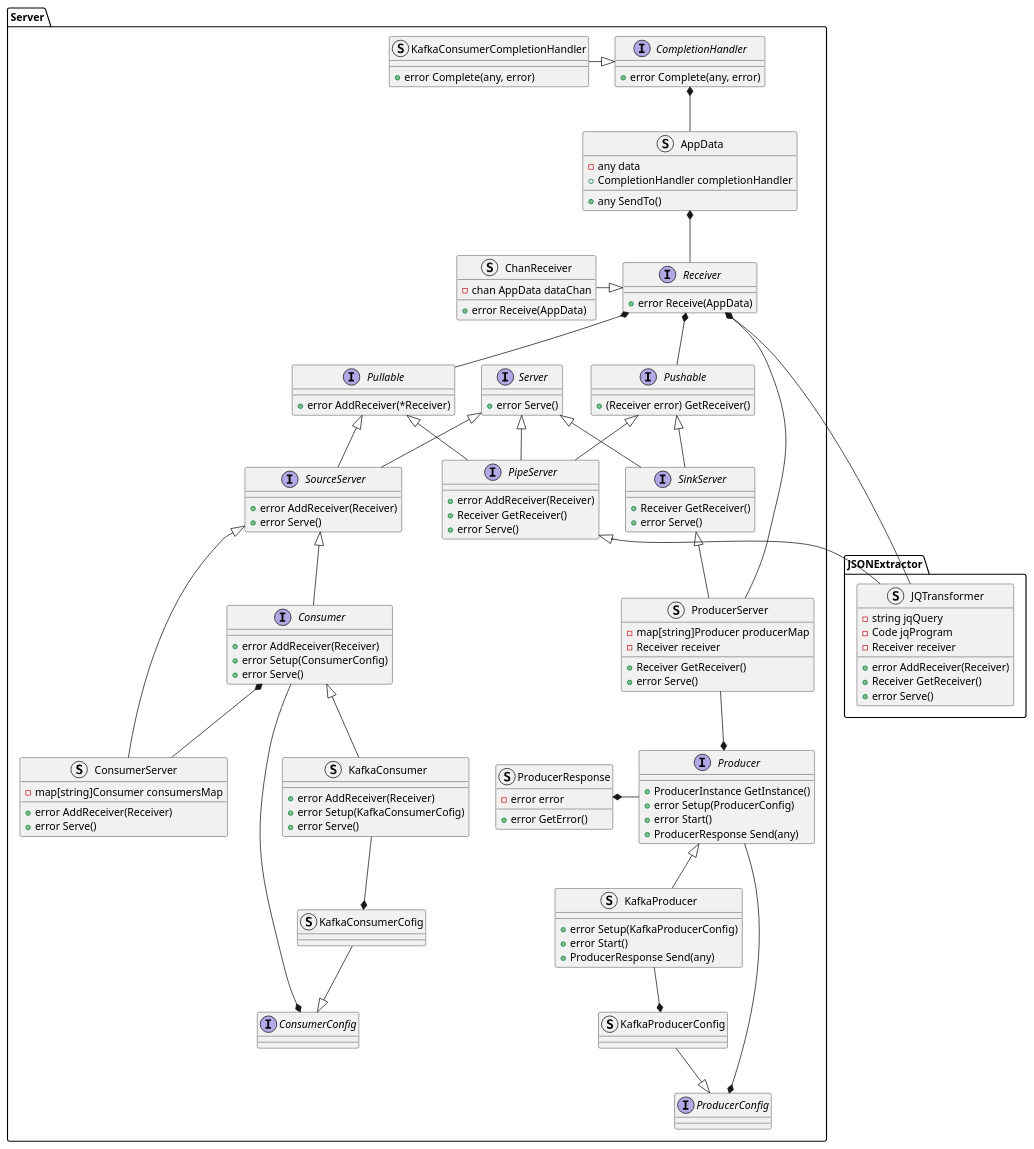
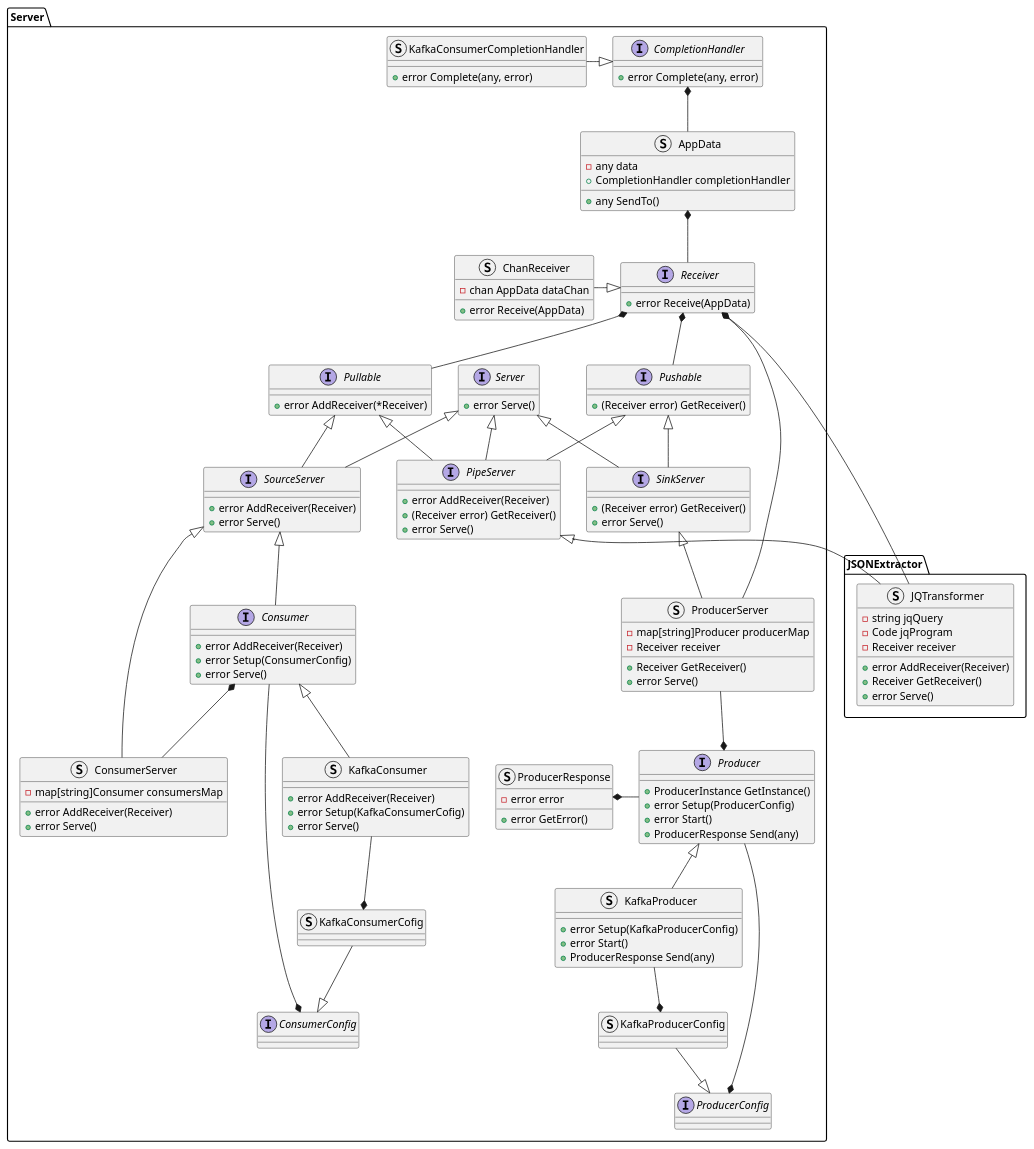
Before and after one commit to xtuml/otel2pv: the diagram in docs/design_notes/DN1_JSON_Extractor/class_diagram.puml, drawn with PlantUML. The commit also changed 3 other files, not shown here.

```diff
--- a/docs/design_notes/DN1_JSON_Extractor/class_diagram.puml
+++ b/docs/design_notes/DN1_JSON_Extractor/class_diagram.puml
@@ -1,129 +1,129 @@
 @startuml
 namespace JSONExtractor {
     struct JQTransformer {
         -string jqQuery
         -Code jqProgram
         -Receiver receiver
         +error AddReceiver(Receiver)
         +Receiver GetReceiver()
         +error Serve()
     }
 }
 namespace Server {
     interface CompletionHandler {
         +error Complete(any, error)
     }
     struct KafkaConsumerCompletionHandler {
         +error Complete(any, error)
     }
     struct AppData {
         -any data
         +CompletionHandler completionHandler
         +any SendTo()
     }
     interface Receiver {
         +error Receive(AppData)
     }
     struct ChanReceiver {
         -chan AppData dataChan
         +error Receive(AppData)
     }
     interface Server {
         +error Serve()
     }
     interface Pullable {
         +error AddReceiver(*Receiver)
     }
     interface Pushable {
         +(Receiver error) GetReceiver()
     }
     interface SourceServer {
         +error AddReceiver(Receiver)
         +error Serve()
     }
     interface SinkServer {
-        +Receiver GetReceiver()
+        +(Receiver error) GetReceiver()
         +error Serve()
     }
     interface PipeServer {
         +error AddReceiver(Receiver)
-        +Receiver GetReceiver()
+        +(Receiver error) GetReceiver()
         +error Serve()
     }
     struct ProducerResponse {
         -error error
         +error GetError()
     }
     interface Producer {
         +ProducerInstance GetInstance()
         +error Setup(ProducerConfig)
         +error Start()
         +ProducerResponse Send(any)
     }
     interface Consumer {
         +error AddReceiver(Receiver)
         +error Setup(ConsumerConfig)
         +error Serve()
     }
     struct KafkaConsumer {
         +error AddReceiver(Receiver)
         +error Setup(KafkaConsumerCofig)
         +error Serve()
     }
     struct KafkaProducer {
         +error Setup(KafkaProducerConfig)
         +error Start()
         +ProducerResponse Send(any)
     }
     struct ProducerServer {
         -map[string]Producer producerMap
         -Receiver receiver
         +Receiver GetReceiver()
         +error Serve()
     }
     struct ConsumerServer {
         -map[string]Consumer consumersMap
         +error AddReceiver(Receiver)
         +error Serve()
     }
     struct KafkaConsumerCofig
     struct KafkaProducerConfig
     interface ProducerConfig
     interface ConsumerConfig
 }
 Server.CompletionHandler *-- Server.AppData
 Server.CompletionHandler <|-left- Server.KafkaConsumerCompletionHandler
 Server.AppData *-- Server.Receiver
 Server.Receiver *-- Server.Pullable
 Server.Receiver *-- Server.Pushable
 Server.Receiver <|-left- Server.ChanReceiver
 Server.Server <|-- Server.SourceServer
 Server.Pullable <|-- Server.SourceServer
 Server.Server <|-- Server.SinkServer
 Server.Pushable <|-- Server.SinkServer
 Server.Pushable <|-- Server.PipeServer
 Server.Pullable <|-- Server.PipeServer
 Server.Server <|-- Server.PipeServer
 
 Server.ProducerResponse *-right- Server.Producer
 Server.Producer <|-- Server.KafkaProducer
 Server.Consumer <|-- Server.KafkaConsumer
 Server.Producer *-up- Server.ProducerServer
 Server.SinkServer <|-- Server.ProducerServer
 Server.Receiver *-- Server.ProducerServer
 Server.SourceServer <|-left- Server.ConsumerServer
 Server.Consumer *-- Server.ConsumerServer
 Server.SourceServer <|-down- Server.Consumer
 
 Server.KafkaConsumerCofig *-up- Server.KafkaConsumer
 Server.KafkaProducerConfig *-up- Server.KafkaProducer
 
 Server.PipeServer <|-- JSONExtractor.JQTransformer
 Server.Receiver *-- JSONExtractor.JQTransformer
 
 Server.ProducerConfig <|-up- Server.KafkaProducerConfig
 Server.ConsumerConfig <|-up- Server.KafkaConsumerCofig
 
 Server.ConsumerConfig *-- Server.Consumer
 Server.ProducerConfig *-- Server.Producer
 @enduml
```
